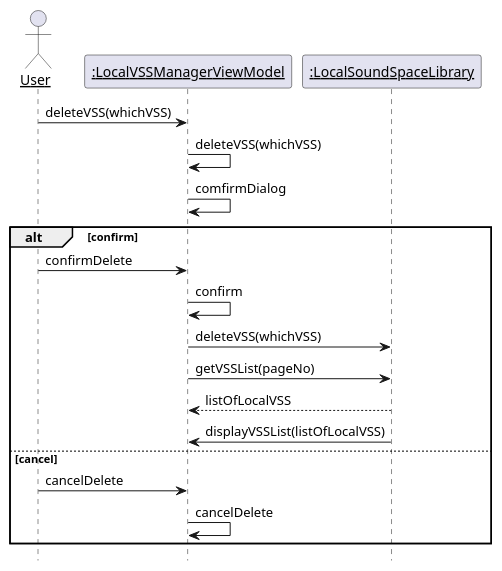
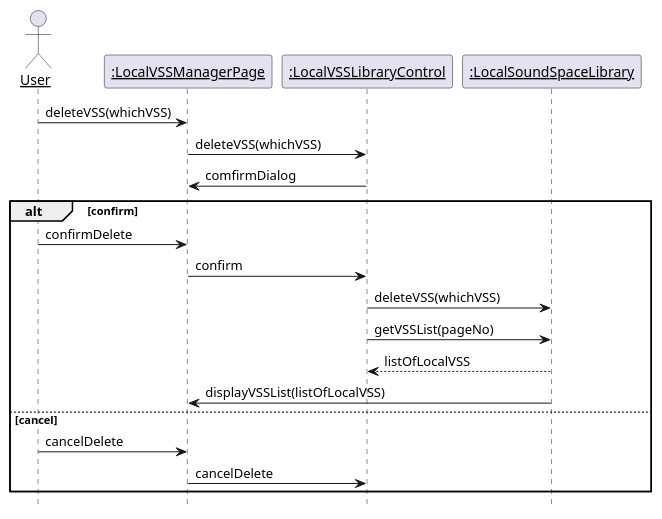
One commit to kpp19920121/doc changed diagram 13 of 31 in 设计/顺序图.md. Above: the diagram before and after it, drawn with PlantUML. The commit also changed other lines of this file, not shown here.

Commit message:
补全了顺序图

````diff
--- a/设计/顺序图.md
+++ b/设计/顺序图.md
@@ -556,27 +500,28 @@
 ```PlantUML
 @startuml Diagrams/DeleteVSS
 hide footbox
 skinparam sequenceParticipant underline
 
 actor User as user
-participant ":LocalVSSManagerViewModel" as page
+participant ":LocalVSSManagerPage" as page
+participant ":LocalVSSLibraryControl" as control
 participant ":LocalSoundSpaceLibrary" as library
 
 user -> page: deleteVSS(whichVSS)
-page -> page: deleteVSS(whichVSS)
-page -> page: comfirmDialog
+page -> control: deleteVSS(whichVSS)
+control -> page: comfirmDialog
 alt confirm
     user -> page: confirmDelete
-    page -> page: confirm
-    page -> library: deleteVSS(whichVSS)
-    page -> library: getVSSList(pageNo)
-    library --> page: listOfLocalVSS
+    page -> control: confirm
+    control -> library: deleteVSS(whichVSS)
+    control -> library: getVSSList(pageNo)
+    library --> control: listOfLocalVSS
     library -> page: displayVSSList(listOfLocalVSS)
 else cancel
     user -> page: cancelDelete
-    page -> page: cancelDelete
+    page -> control: cancelDelete
 end
 
 
 @enduml
 ```
````
